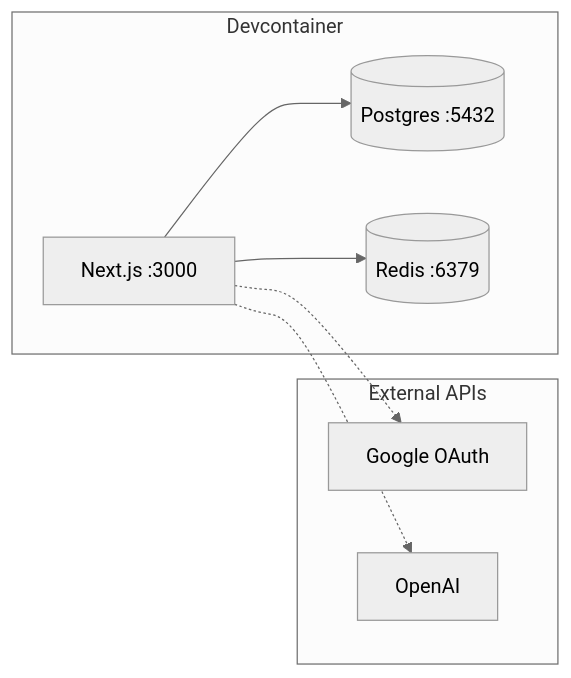
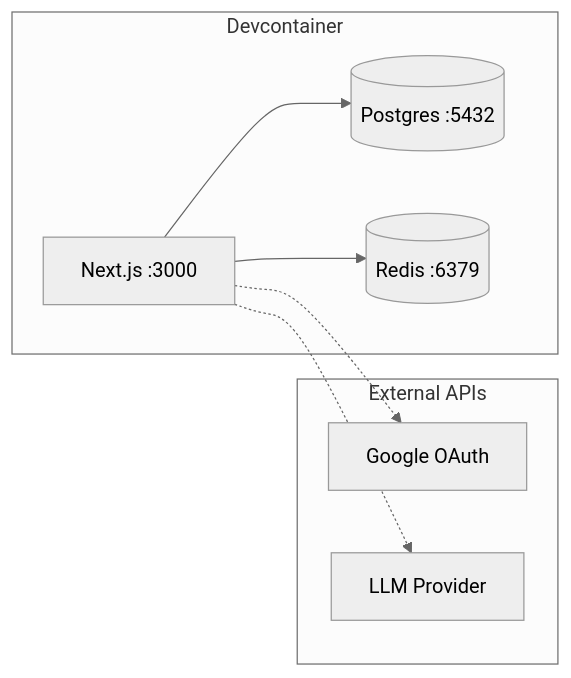
Before and after one commit to elie222/inbox-zero: the diagram in .devcontainer/README.md, drawn with Mermaid (neutral theme). The commit also changed other lines of this file and 47 other files, not shown here.

````diff
--- a/.devcontainer/README.md
+++ b/.devcontainer/README.md
@@ -5,19 +5,19 @@
 ```mermaid
 graph LR
     subgraph Devcontainer
         App[Next.js :3000]
         DB[(Postgres :5432)]
         Redis[(Redis :6379)]
     end
 
     App --> DB
     App --> Redis
 
     subgraph External APIs
         Google[Google OAuth]
-        OpenAI[OpenAI]
+        LLM[LLM Provider]
     end
 
     App -.-> Google
-    App -.-> OpenAI
+    App -.-> LLM
 ```
````
